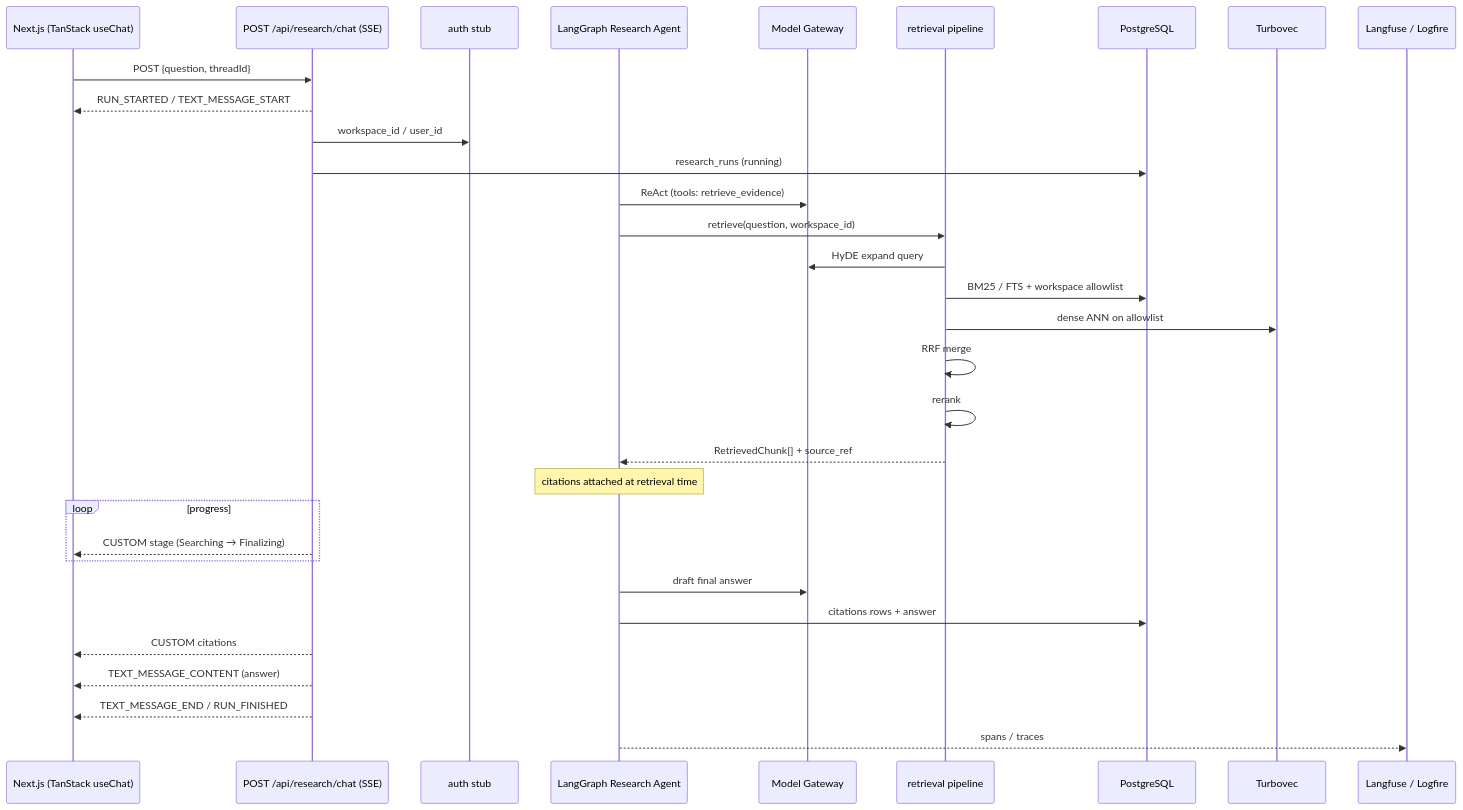
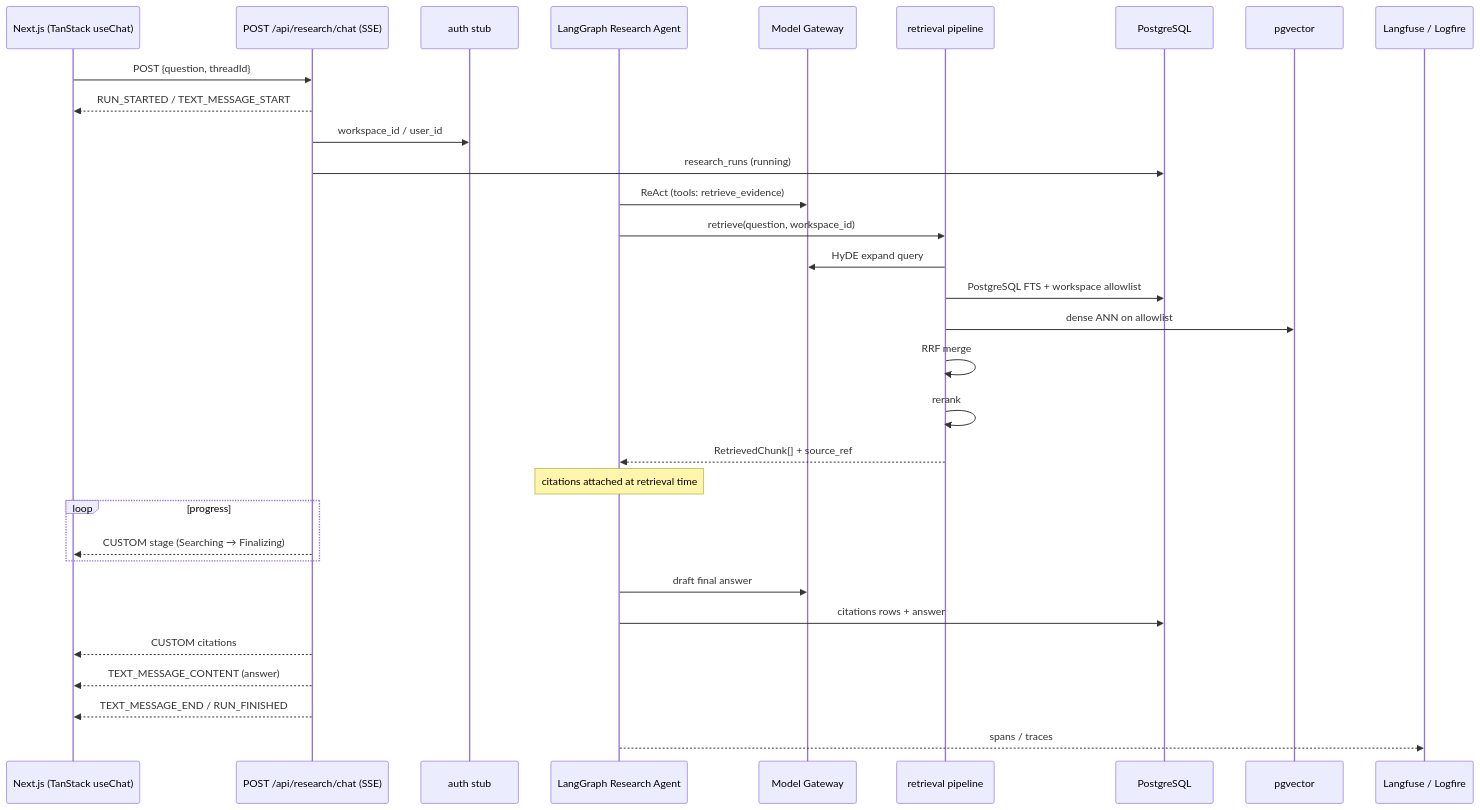
Before and after one commit to AmitxParmar/agentic-knowledge-base: the third of 4 diagrams in docs/REMAINING.md, drawn with Mermaid. The commit also changed other lines of this file and 4 other files, not shown here.

````diff
--- a/docs/REMAINING.md
+++ b/docs/REMAINING.md
@@ -453,35 +452,35 @@
 ```mermaid
 sequenceDiagram
   participant UI as Next.js (TanStack useChat)
   participant API as POST /api/research/chat (SSE)
   participant Auth as auth stub
   participant AG as LangGraph Research Agent
   participant MG as Model Gateway
   participant RET as retrieval pipeline
   participant PG as PostgreSQL
-  participant TV as Turbovec
+  participant TV as pgvector
   participant LF as Langfuse / Logfire
 
   UI->>API: POST {question, threadId}
   API-->>UI: RUN_STARTED / TEXT_MESSAGE_START
   API->>Auth: workspace_id / user_id
   API->>PG: research_runs (running)
   AG->>MG: ReAct (tools: retrieve_evidence)
   AG->>RET: retrieve(question, workspace_id)
   RET->>MG: HyDE expand query
-  RET->>PG: BM25 / FTS + workspace allowlist
+  RET->>PG: PostgreSQL FTS + workspace allowlist
   RET->>TV: dense ANN on allowlist
   RET->>RET: RRF merge
   RET->>RET: rerank
   RET-->>AG: RetrievedChunk[] + source_ref
   Note over AG: citations attached at retrieval time
   loop progress
     API-->>UI: CUSTOM stage (Searching → Finalizing)
   end
   AG->>MG: draft final answer
   AG->>PG: citations rows + answer
   API-->>UI: CUSTOM citations
   API-->>UI: TEXT_MESSAGE_CONTENT (answer)
   API-->>UI: TEXT_MESSAGE_END / RUN_FINISHED
   AG-->>LF: spans / traces
 ```
````
